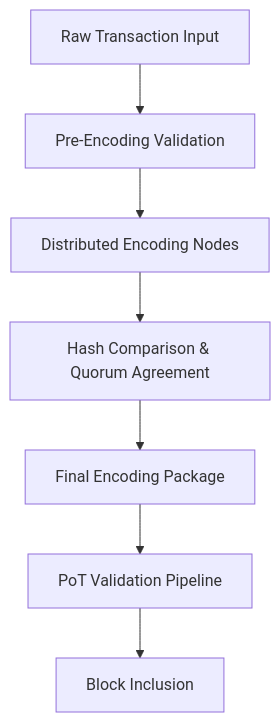
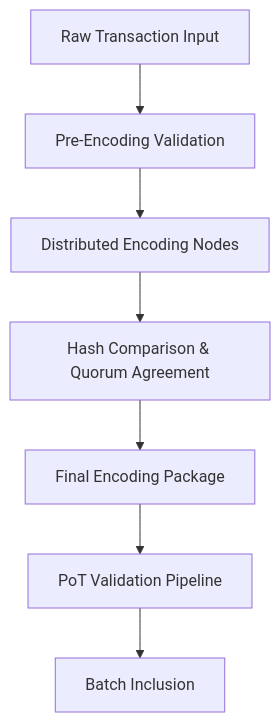
Before and after one commit to Aros-Technology-Studio/AST-Aros-Financial-Paradigm: the diagram in 14_decentralized_tx_encoding/decentralized_tx_encoding.md, drawn with Mermaid. The commit also changed 69 other files, not shown here.

````diff
--- a/14_decentralized_tx_encoding/decentralized_tx_encoding.md
+++ b/14_decentralized_tx_encoding/decentralized_tx_encoding.md
@@ -46,9 +46,9 @@
 ```mermaid
 flowchart TD
     A[Raw Transaction Input] --> B[Pre-Encoding Validation]
     B --> C[Distributed Encoding Nodes]
     C --> D[Hash Comparison & Quorum Agreement]
     D --> E[Final Encoding Package]
     E --> F[PoT Validation Pipeline]
-    F --> G[Block Inclusion]
+    F --> G[Batch Inclusion]
 ```
````
